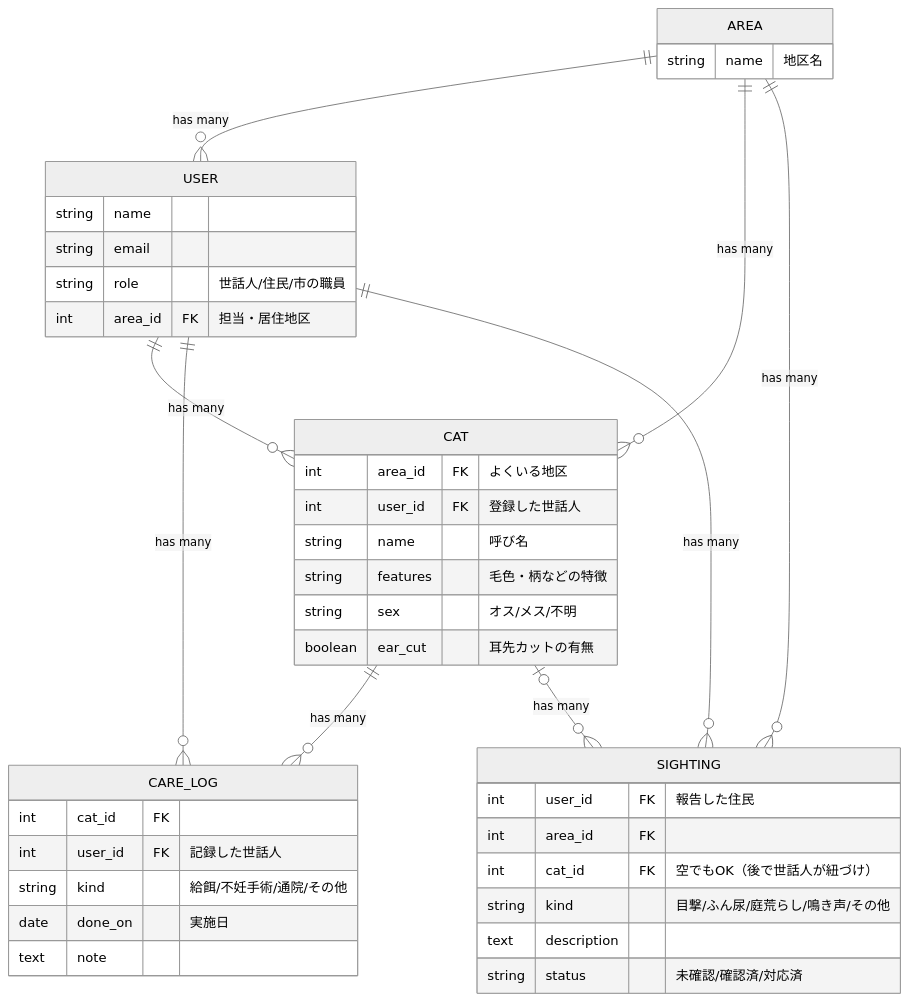
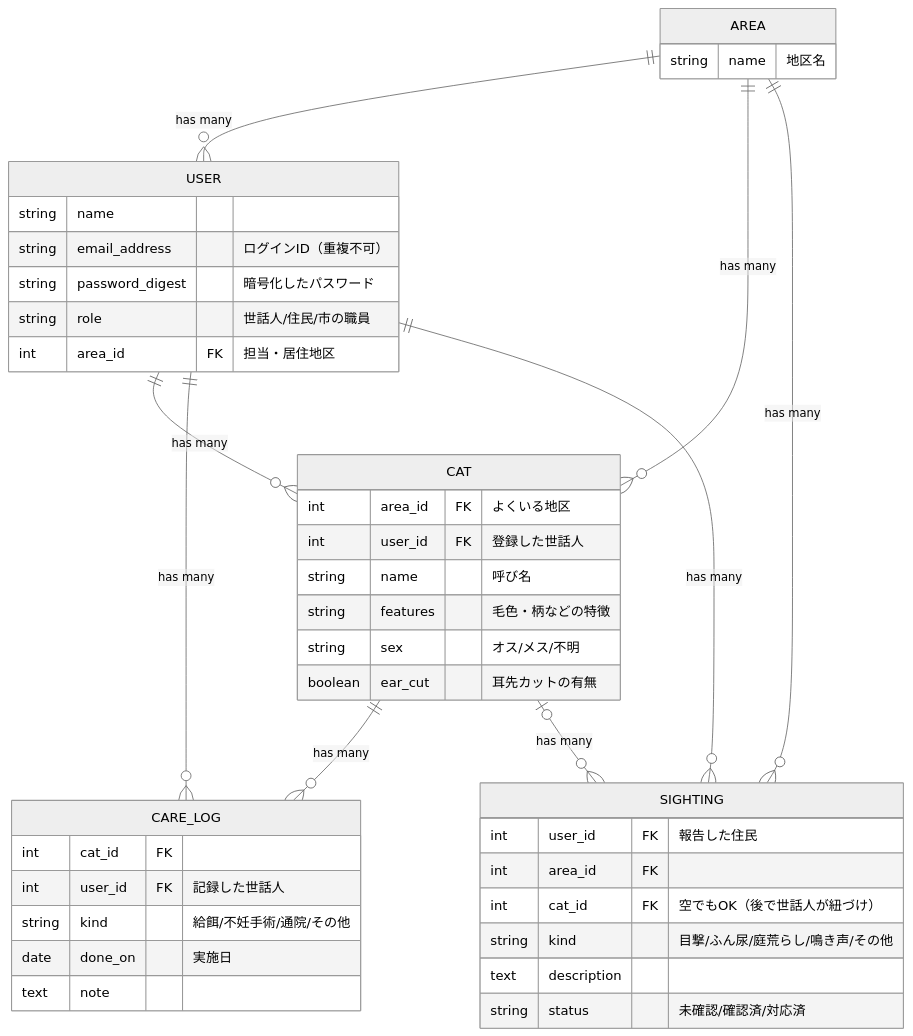
One commit to 2411140018x/SWEXE-Team6 changed the second of 2 diagrams in README.md. Above: the diagram before and after it, drawn with Mermaid (neutral theme). The commit also changed other lines of this file and 32 other files, not shown here.

````diff
--- a/README.md
+++ b/README.md
@@ -55,43 +55,44 @@
 ```mermaid
 erDiagram
   AREA ||--o{ USER : "has many"
   AREA ||--o{ CAT : "has many"
   AREA ||--o{ SIGHTING : "has many"
   USER ||--o{ CAT : "has many"
   USER ||--o{ CARE_LOG : "has many"
   USER ||--o{ SIGHTING : "has many"
   CAT ||--o{ CARE_LOG : "has many"
   CAT |o--o{ SIGHTING : "has many"
   AREA {
     string name "地区名"
   }
-  USER {
-    string name
-    string email
-    string role "世話人/住民/市の職員"
-    int area_id FK "担当・居住地区"
-  }
+  USER {
+    string name
+    string email_address "ログインID（重複不可）"
+    string password_digest "暗号化したパスワード"
+    string role "世話人/住民/市の職員"
+    int area_id FK "担当・居住地区"
+  }
   CAT {
     int area_id FK "よくいる地区"
     int user_id FK "登録した世話人"
     string name "呼び名"
     string features "毛色・柄などの特徴"
     string sex "オス/メス/不明"
     boolean ear_cut "耳先カットの有無"
   }
   CARE_LOG {
     int cat_id FK
     int user_id FK "記録した世話人"
     string kind "給餌/不妊手術/通院/その他"
     date done_on "実施日"
     text note
   }
   SIGHTING {
     int user_id FK "報告した住民"
     int area_id FK
     int cat_id FK "空でもOK（後で世話人が紐づけ）"
     string kind "目撃/ふん尿/庭荒らし/鳴き声/その他"
     text description
     string status "未確認/確認済/対応済"
   }
 ```
````
